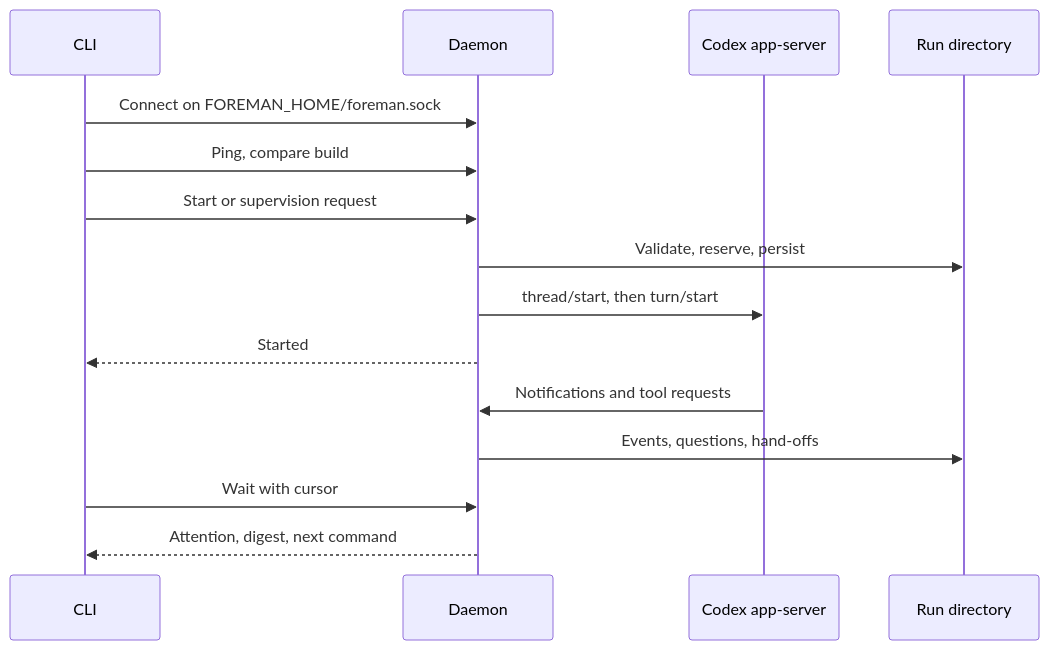
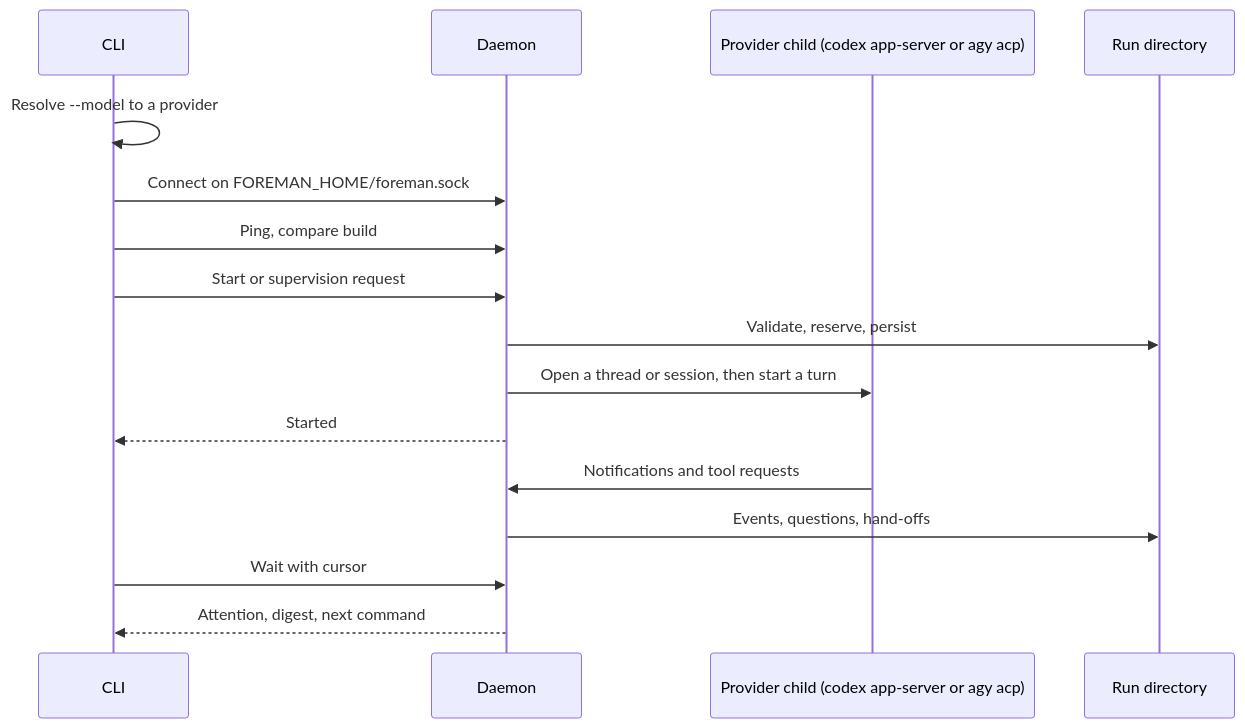
Before and after one commit to steamfield/foreman: the diagram in docs/architecture.md, drawn with Mermaid. The commit also changed other lines of this file and 11 other files, not shown here.

First line of the commit message:
docs: guide, contracts, skill and docs for the agy provider

````diff
--- a/docs/architecture.md
+++ b/docs/architecture.md
@@ -11,17 +11,18 @@
 ```mermaid
 sequenceDiagram
     participant C as CLI
     participant D as Daemon
-    participant S as Codex app-server
+    participant S as Provider child (codex app-server or agy acp)
     participant R as Run directory
+    C->>C: Resolve --model to a provider
     C->>D: Connect on FOREMAN_HOME/foreman.sock
     C->>D: Ping, compare build
     C->>D: Start or supervision request
     D->>R: Validate, reserve, persist
-    D->>S: thread/start, then turn/start
+    D->>S: Open a thread or session, then start a turn
     D-->>C: Started
     S->>D: Notifications and tool requests
     D->>R: Events, questions, hand-offs
     C->>D: Wait with cursor
     D-->>C: Attention, digest, next command
 ```
````
